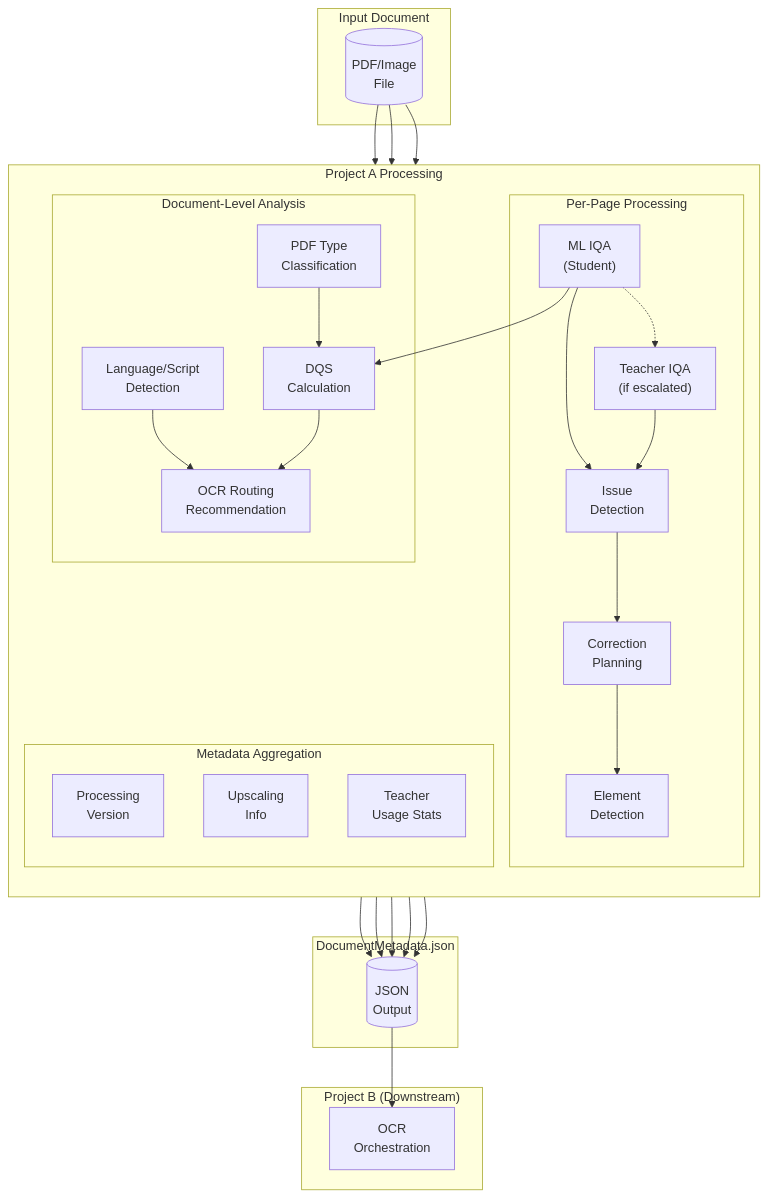
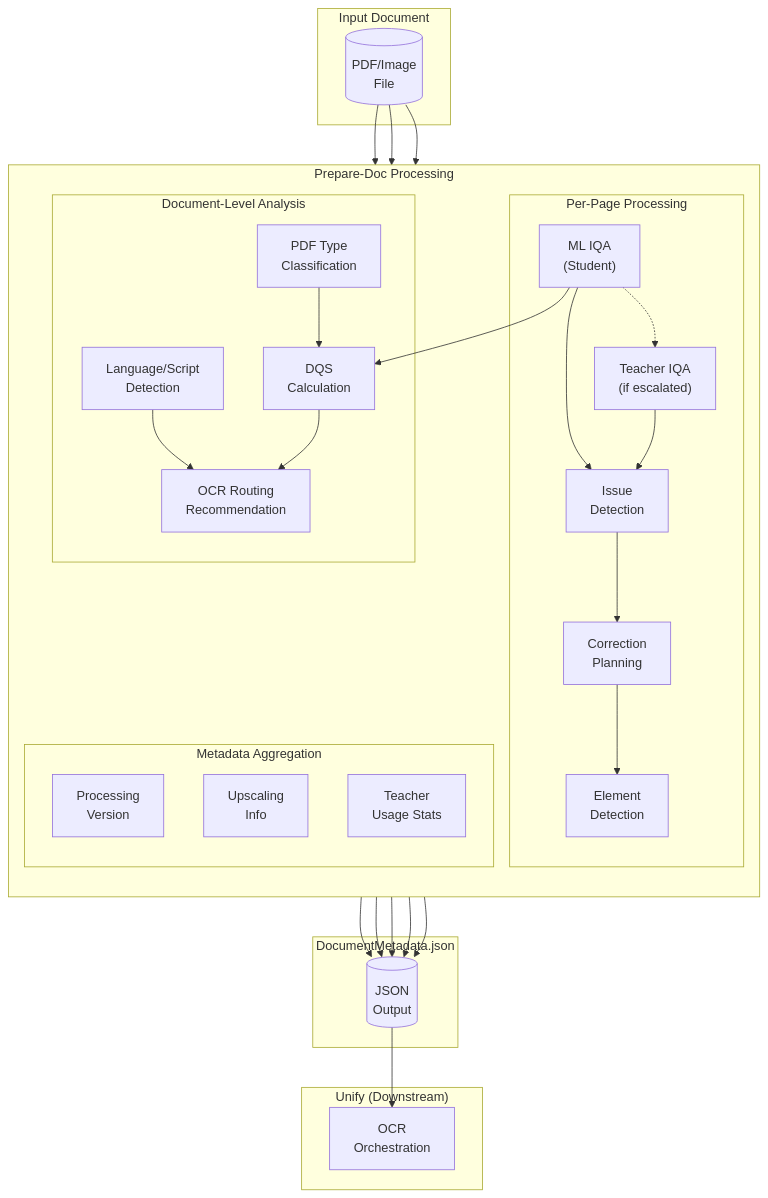
One commit to williaby/image-preprocessing-detector changed the fifth of 6 diagrams in docs/schema/document_metadata_schema.md. Above: the diagram before and after it, drawn with Mermaid. The commit also changed other lines of this file and 212 other files, not shown here.

````diff
--- a/docs/schema/document_metadata_schema.md
+++ b/docs/schema/document_metadata_schema.md
@@ -348,61 +348,61 @@
 ```mermaid
 flowchart TB
     subgraph InputDoc["Input Document"]
         PDF[("PDF/Image<br/>File")]
     end
 
-    subgraph ProjectA["Project A Processing"]
+    subgraph ProjectA["Prepare-Doc Processing"]
         direction TB
 
         subgraph DocLevel["Document-Level Analysis"]
             Type["PDF Type<br/>Classification"]
             Lang["Language/Script<br/>Detection"]
             DQS["DQS<br/>Calculation"]
             Route["OCR Routing<br/>Recommendation"]
         end
 
         subgraph PageLevel["Per-Page Processing"]
             IQA["ML IQA<br/>(Student)"]
             Teacher["Teacher IQA<br/>(if escalated)"]
             Issues["Issue<br/>Detection"]
             Corrections["Correction<br/>Planning"]
             Elements["Element<br/>Detection"]
         end
 
         subgraph Meta["Metadata Aggregation"]
             Version["Processing<br/>Version"]
             Upscale["Upscaling<br/>Info"]
             TeachUse["Teacher<br/>Usage Stats"]
         end
     end
 
     subgraph Output["DocumentMetadata.json"]
         JSON[("JSON<br/>Output")]
     end
 
-    subgraph ProjectB["Project B (Downstream)"]
+    subgraph ProjectB["Unify (Downstream)"]
         OCR["OCR<br/>Orchestration"]
     end
 
     PDF --> Type
     PDF --> Lang
     PDF --> IQA
 
     Type --> DQS
     Lang --> Route
     IQA --> DQS
     IQA --> Issues
     IQA -.-> Teacher
     Teacher --> Issues
     Issues --> Corrections
     Corrections --> Elements
 
     DQS --> Route
     Route --> JSON
     Version --> JSON
     Upscale --> JSON
     TeachUse --> JSON
     Elements --> JSON
 
     JSON --> OCR
 ```
````
